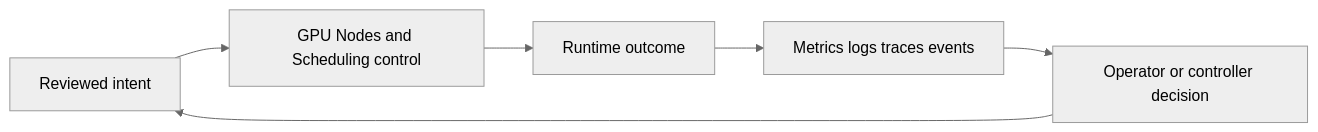
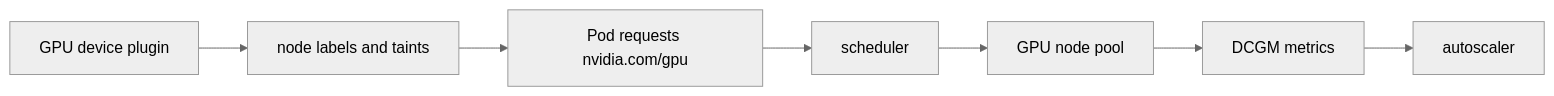
The diagram in docs/study/ai-platform/02-gpu-nodes-and-scheduling.md (m1mohamad/devops-sre-prep), drawn with Mermaid (neutral theme) before and after one commit. The commit also changed other lines of this file and 61 other files, not shown here.

Commit message:
Replace generic architecture and study templates

````diff
--- a/docs/study/ai-platform/02-gpu-nodes-and-scheduling.md
+++ b/docs/study/ai-platform/02-gpu-nodes-and-scheduling.md
@@ -20,8 +15,4 @@
 ```mermaid
 flowchart LR
-  Intent[Reviewed intent] --> Control[GPU Nodes and Scheduling control]
-  Control --> Runtime[Runtime outcome]
-  Runtime --> Signals[Metrics logs traces events]
-  Signals --> Decision[Operator or controller decision]
-  Decision --> Intent
+  N0[GPU device plugin] --> N1[node labels and taints] --> N2[Pod requests nvidia.com/gpu] --> N3[scheduler] --> N4[GPU node pool] --> N5[DCGM metrics] --> N6[autoscaler]
 ```
````
